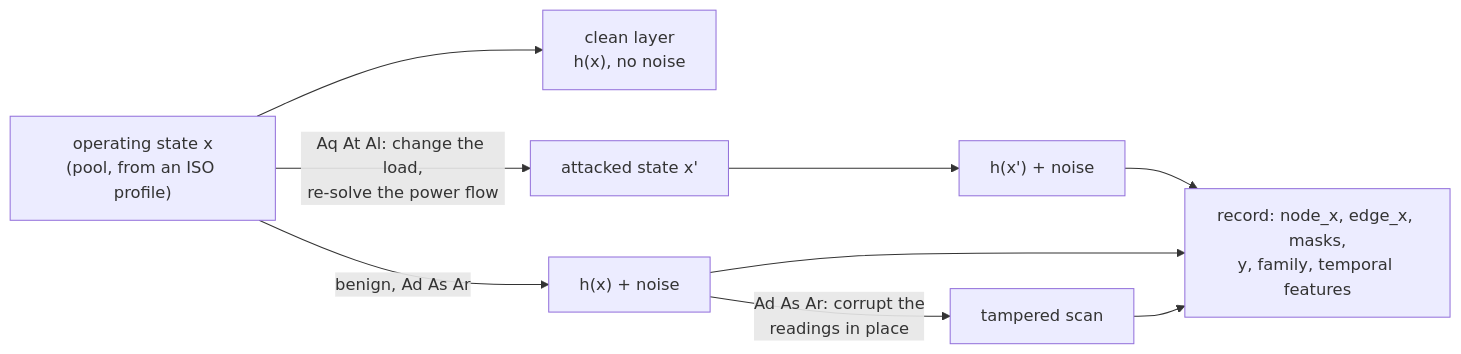
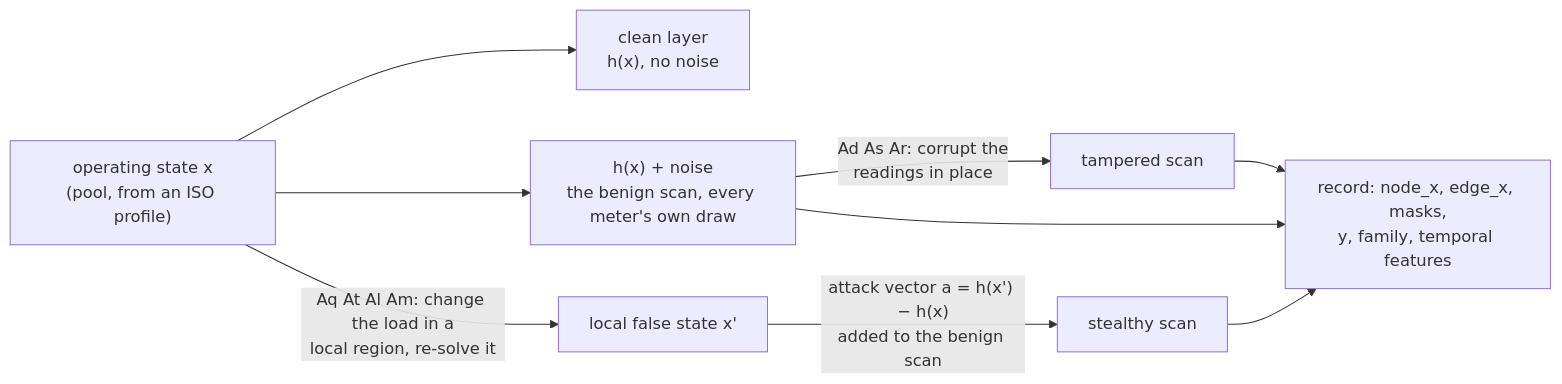
The diagram in docs/reference/CONCEPTS_TO_CODE.md (myersben9/fdia-graph), drawn with Mermaid before and after one commit. The commit also changed other lines of this file and 5 other files, not shown here.

First line of the commit message:
Docs: redraw the diagrams GitHub lays out badly, concepts page on the attack-vector construction (#107)

````diff
--- a/docs/reference/CONCEPTS_TO_CODE.md
+++ b/docs/reference/CONCEPTS_TO_CODE.md
@@ -8,11 +8,11 @@
 ```mermaid
 flowchart LR
     X["operating state x<br/>(pool, from an ISO profile)"] --> cl["clean layer<br/>h(x), no noise"]
-    X -- "Aq At Al: change the load,<br/>re-solve the power flow" --> X2["attacked state x'"]
-    X2 --> h1["h(x') + noise"]
-    X -- "benign, Ad As Ar" --> h2["h(x) + noise"]
-    h2 -- "Ad As Ar: corrupt the<br/>readings in place" --> c["tampered scan"]
-    h1 --> rec["record: node_x, edge_x, masks,<br/>y, family, temporal features"]
-    h2 --> rec
-    c --> rec
+    X --> h2["h(x) + noise<br/>the benign scan, every meter's own draw"]
+    X -- "Aq At Al Am: change the load in a<br/>local region, re-solve it" --> X2["local false state x'"]
+    X2 -- "attack vector a = h(x') − h(x)<br/>added to the benign scan" --> c1["stealthy scan"]
+    h2 -- "Ad As Ar: corrupt the<br/>readings in place" --> c2["tampered scan"]
+    h2 --> rec["record: node_x, edge_x, masks,<br/>y, family, temporal features"]
+    c1 --> rec
+    c2 --> rec
 ```
````
